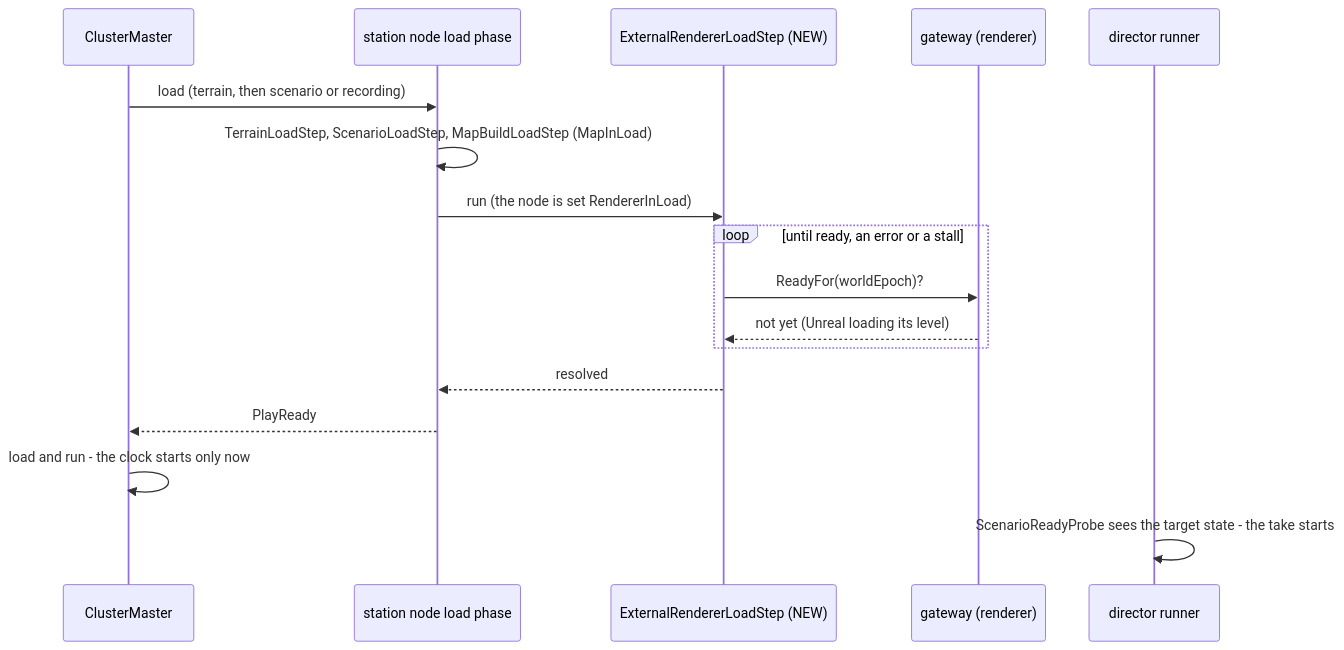
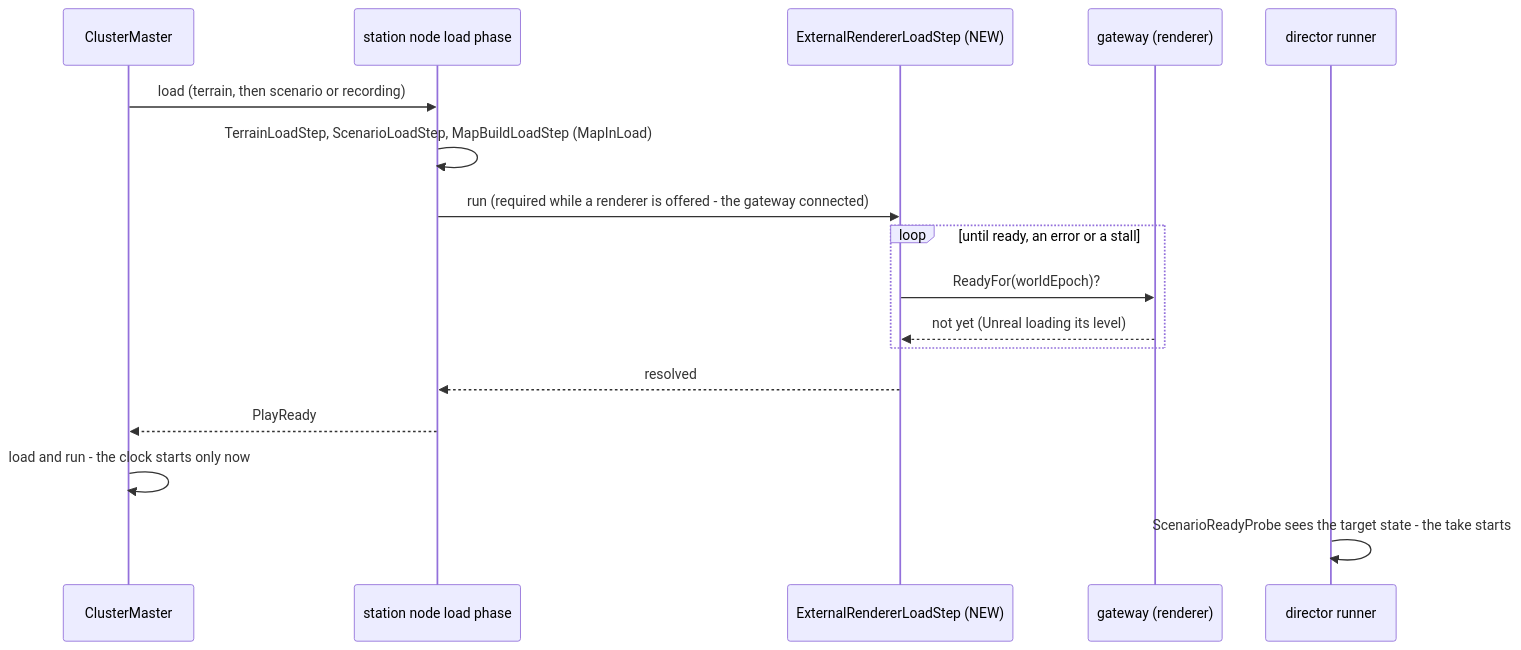
One commit to pjanec/HROT changed the fifth of 5 diagrams in docs/designs/IG/DESIGN_External_Renderer_Director.md. Above: the diagram before and after it, drawn with Mermaid. The commit also changed other lines of this file and 2 other files, not shown here.

First line of the commit message:
CE-11018: Q113-I - the renderer step is MapBuildLoadStep's shape (ILoadPartProvider) and is required while a renderer is offered; play-ready only after both maps

````diff
--- a/docs/designs/IG/DESIGN_External_Renderer_Director.md
+++ b/docs/designs/IG/DESIGN_External_Renderer_Director.md
@@ -191,19 +191,19 @@
 ```mermaid
 sequenceDiagram
   participant M as ClusterMaster
   participant N as station node load phase
   participant X as ExternalRendererLoadStep (NEW)
   participant G as gateway (renderer)
   participant D as director runner
   M->>N: load (terrain, then scenario or recording)
   N->>N: TerrainLoadStep, ScenarioLoadStep, MapBuildLoadStep (MapInLoad)
-  N->>X: run (the node is set RendererInLoad)
+  N->>X: run (required while a renderer is offered - the gateway connected)
   loop until ready, an error or a stall
     X->>G: ReadyFor(worldEpoch)?
     G-->>X: not yet (Unreal loading its level)
   end
   X-->>N: resolved
   N-->>M: PlayReady
   M->>M: load and run - the clock starts only now
   D->>D: ScenarioReadyProbe sees the target state - the take starts
 ```
````
